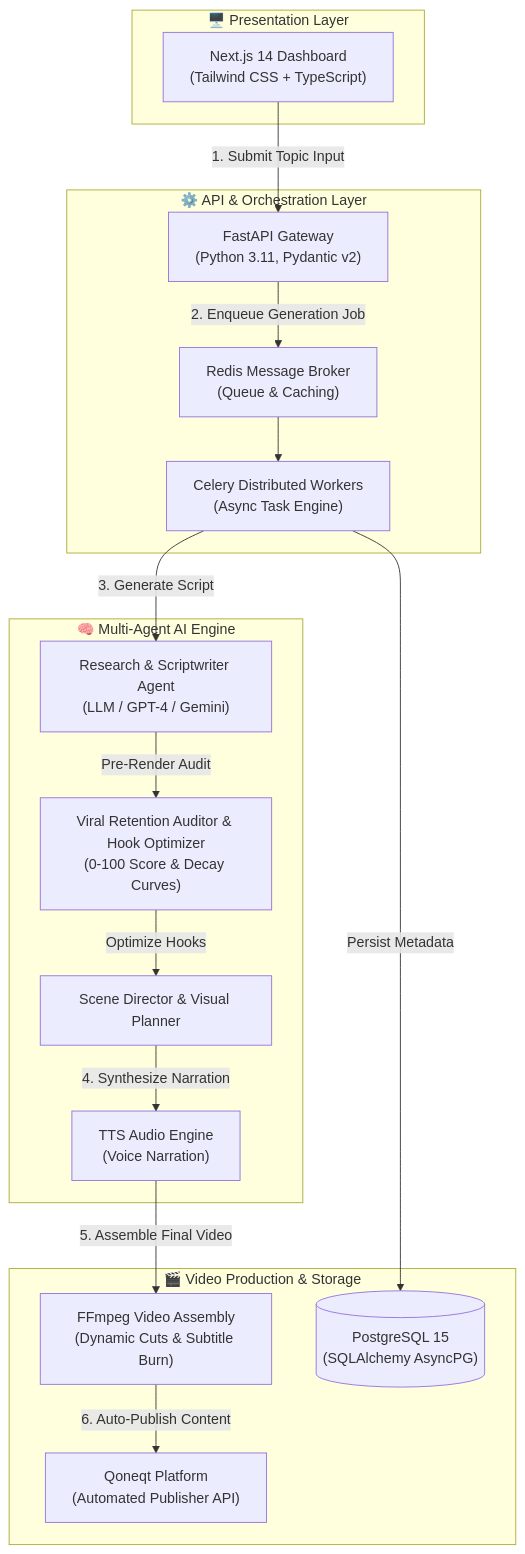
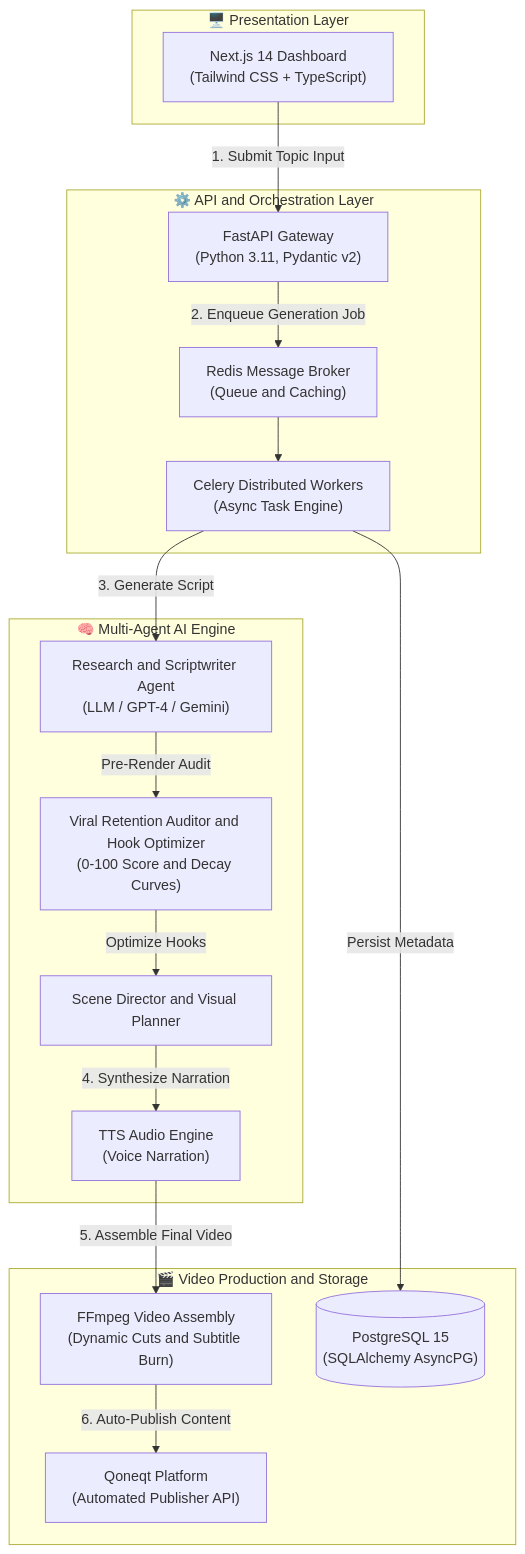
The diagram in README.md (prachizala/Qoneqt-ContentOS), drawn with Mermaid before and after one commit.

Commit message:
docs(readme): sanitize mermaid diagram syntax and remove raw ampersands

````diff
--- a/README.md
+++ b/README.md
@@ -49,36 +49,36 @@
 ```mermaid
 flowchart TD
     subgraph Client ["🖥️ Presentation Layer"]
         UI["Next.js 14 Dashboard<br/>(Tailwind CSS + TypeScript)"]
     end
 
-    subgraph API ["⚙️ API & Orchestration Layer"]
+    subgraph API ["⚙️ API and Orchestration Layer"]
         FastAPI["FastAPI Gateway<br/>(Python 3.11, Pydantic v2)"]
-        Redis["Redis Message Broker<br/>(Queue & Caching)"]
+        Redis["Redis Message Broker<br/>(Queue and Caching)"]
         Celery["Celery Distributed Workers<br/>(Async Task Engine)"]
     end
 
     subgraph Intelligence ["🧠 Multi-Agent AI Engine"]
-        ScriptAgent["Research & Scriptwriter Agent<br/>(LLM / GPT-4 / Gemini)"]
-        AuditorAgent["Viral Retention Auditor & Hook Optimizer<br/>(0-100 Score & Decay Curves)"]
-        DirectorAgent["Scene Director & Visual Planner"]
+        ScriptAgent["Research and Scriptwriter Agent<br/>(LLM / GPT-4 / Gemini)"]
+        AuditorAgent["Viral Retention Auditor and Hook Optimizer<br/>(0-100 Score and Decay Curves)"]
+        DirectorAgent["Scene Director and Visual Planner"]
         TTS["TTS Audio Engine<br/>(Voice Narration)"]
     end
 
-    subgraph Media ["🎬 Video Production & Storage"]
-        FFmpeg["FFmpeg Video Assembly<br/>(Dynamic Cuts & Subtitle Burn)"]
+    subgraph Media ["🎬 Video Production and Storage"]
+        FFmpeg["FFmpeg Video Assembly<br/>(Dynamic Cuts and Subtitle Burn)"]
         Postgres[("PostgreSQL 15<br/>(SQLAlchemy AsyncPG)")]
         QoneqtAPI["Qoneqt Platform<br/>(Automated Publisher API)"]
     end
 
     UI -->|1. Submit Topic Input| FastAPI
     FastAPI -->|2. Enqueue Generation Job| Redis
     Redis --> Celery
     Celery -->|3. Generate Script| ScriptAgent
     ScriptAgent -->|Pre-Render Audit| AuditorAgent
     AuditorAgent -->|Optimize Hooks| DirectorAgent
     DirectorAgent -->|4. Synthesize Narration| TTS
     TTS -->|5. Assemble Final Video| FFmpeg
     Celery -->|Persist Metadata| Postgres
     FFmpeg -->|6. Auto-Publish Content| QoneqtAPI
 ```
````
